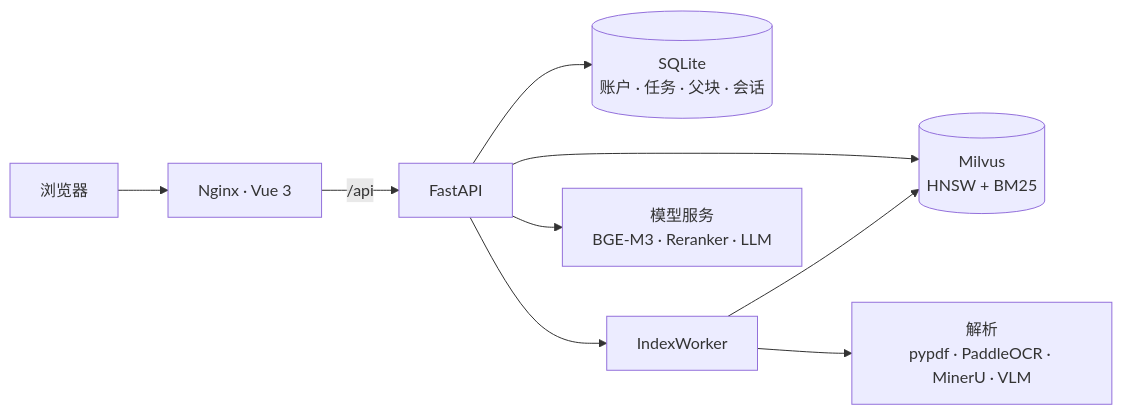
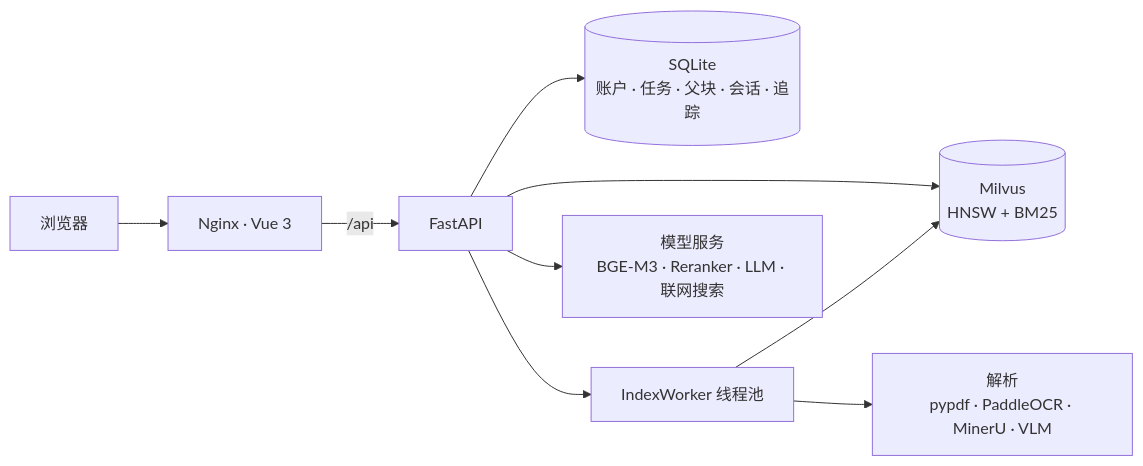
One commit to zcy072/ragloom changed the diagram in README.md. Above: the diagram before and after it, drawn with Mermaid. The commit also changed other lines of this file and 169 other files, not shown here.

````diff
--- a/README.md
+++ b/README.md
@@ -52,11 +64,11 @@
 ```mermaid
 flowchart LR
     U[浏览器] --> N[Nginx · Vue 3]
     N -->|/api| F[FastAPI]
-    F --> S[(SQLite<br/>账户 · 任务 · 父块 · 会话)]
+    F --> S[(SQLite<br/>账户 · 任务 · 父块 · 会话 · 追踪)]
     F --> M[(Milvus<br/>HNSW + BM25)]
-    F --> W[IndexWorker]
+    F --> W[IndexWorker 线程池]
     W --> P[解析<br/>pypdf · PaddleOCR · MinerU · VLM]
     W --> M
-    F --> X[模型服务<br/>BGE-M3 · Reranker · LLM]
+    F --> X[模型服务<br/>BGE-M3 · Reranker · LLM · 联网搜索]
 ```
````
